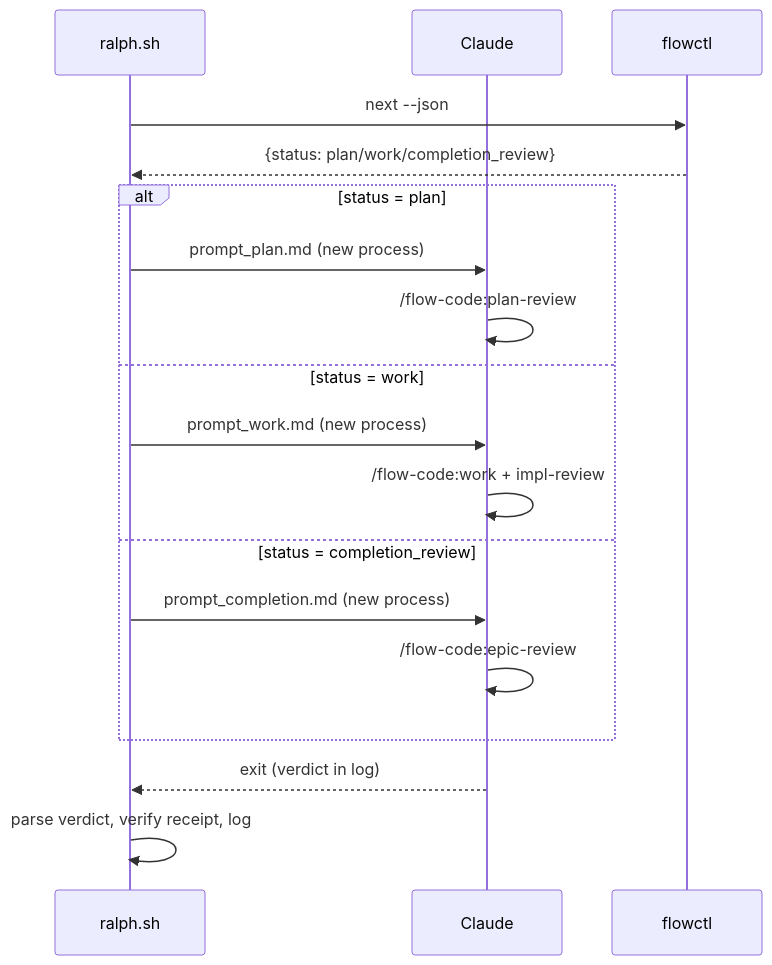
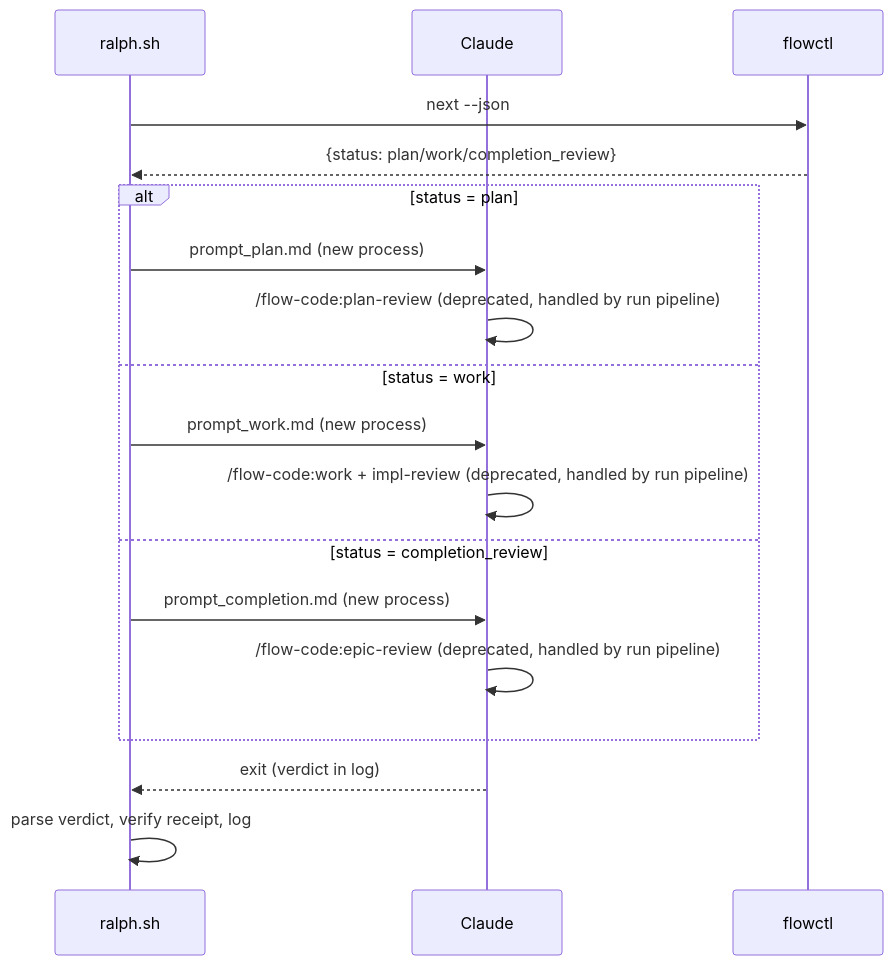
Before and after one commit to z23cc/flow-code: the third of 4 diagrams in docs/CODEBASE_MAP.md, drawn with Mermaid. The commit also changed other lines of this file and 4 other files, not shown here.

First line of the commit message:
docs: update stale references to show flow-code-run as primary entry point [fn-16.3]

````diff
--- a/docs/CODEBASE_MAP.md
+++ b/docs/CODEBASE_MAP.md
@@ -269,23 +271,23 @@
 ```mermaid
 sequenceDiagram
     participant ralph.sh
     participant Claude
     participant flowctl
 
     ralph.sh->>flowctl: next --json
     flowctl-->>ralph.sh: {status: plan/work/completion_review}
 
     alt status = plan
         ralph.sh->>Claude: prompt_plan.md (new process)
-        Claude->>Claude: /flow-code:plan-review
+        Claude->>Claude: /flow-code:plan-review (deprecated, handled by run pipeline)
     else status = work
         ralph.sh->>Claude: prompt_work.md (new process)
-        Claude->>Claude: /flow-code:work + impl-review
+        Claude->>Claude: /flow-code:work + impl-review (deprecated, handled by run pipeline)
     else status = completion_review
         ralph.sh->>Claude: prompt_completion.md (new process)
-        Claude->>Claude: /flow-code:epic-review
+        Claude->>Claude: /flow-code:epic-review (deprecated, handled by run pipeline)
     end
 
     Claude-->>ralph.sh: exit (verdict in log)
     ralph.sh->>ralph.sh: parse verdict, verify receipt, log
 ```
````
